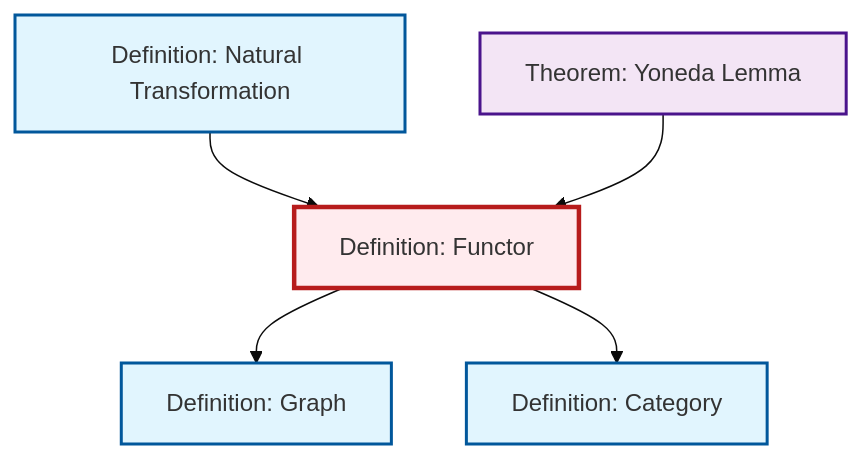
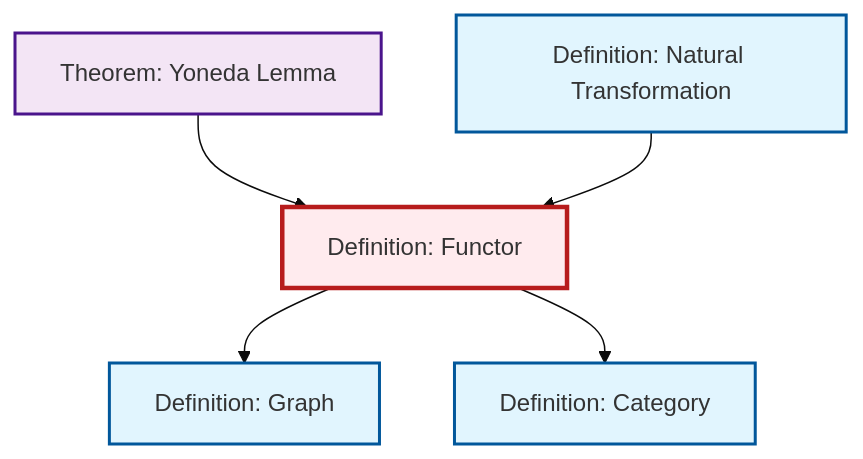
One commit to RK0429/ModernMath changed the diagram in content/ja/category-theory/def-functor.qmd. Above: the diagram before and after it, drawn with Mermaid (base theme). The commit also changed other lines of this file and 474 other files, not shown here.

````diff
--- a/content/ja/category-theory/def-functor.qmd
+++ b/content/ja/category-theory/def-functor.qmd
@@ -50,23 +50,23 @@
 ```{mermaid}
 %%| fig-cap: "Local dependency graph"
 graph TD
     classDef definition fill:#e1f5fe,stroke:#01579b,stroke-width:2px
     classDef theorem fill:#f3e5f5,stroke:#4a148c,stroke-width:2px
     classDef axiom fill:#fff3e0,stroke:#e65100,stroke-width:2px
     classDef example fill:#e8f5e9,stroke:#1b5e20,stroke-width:2px
     classDef current fill:#ffebee,stroke:#b71c1c,stroke-width:3px
-    def-category["Definition: Category"]:::definition
-    def-graph["Definition: Graph"]:::definition
     def-functor["Definition: Functor"]:::definition
     thm-yoneda["Theorem: Yoneda Lemma"]:::theorem
     def-natural-transformation["Definition: Natural Transformation"]:::definition
+    def-graph["Definition: Graph"]:::definition
+    def-category["Definition: Category"]:::definition
     def-functor --> def-graph
-    def-natural-transformation --> def-functor
     def-functor --> def-category
     thm-yoneda --> def-functor
+    def-natural-transformation --> def-functor
     class def-functor current
-    click def-category "def-category.html" "Definition: Categoryへ"
-    click def-graph "def-graph.html" "Definition: Graphへ"
     click thm-yoneda "thm-yoneda.html" "Theorem: Yoneda Lemmaへ"
     click def-natural-transformation "def-natural-transformation.html" "Definition: Natural Transformationへ"
+    click def-graph "def-graph.html" "Definition: Graphへ"
+    click def-category "def-category.html" "Definition: Categoryへ"
 ```
````
